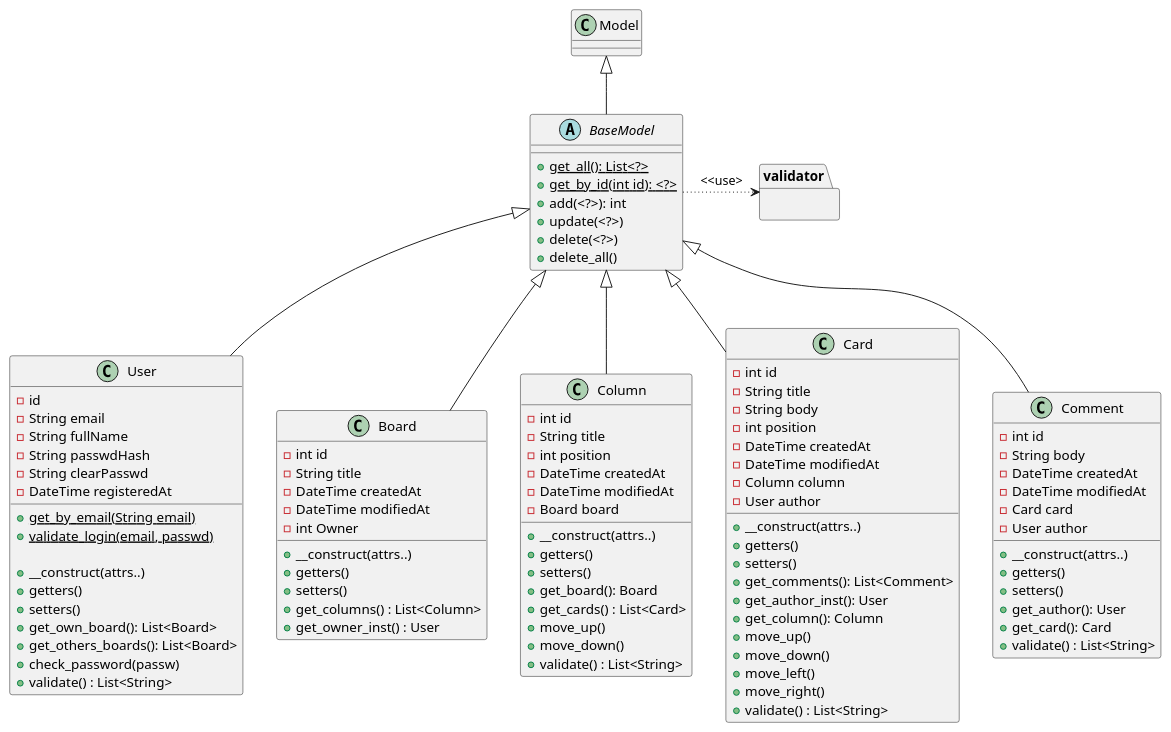
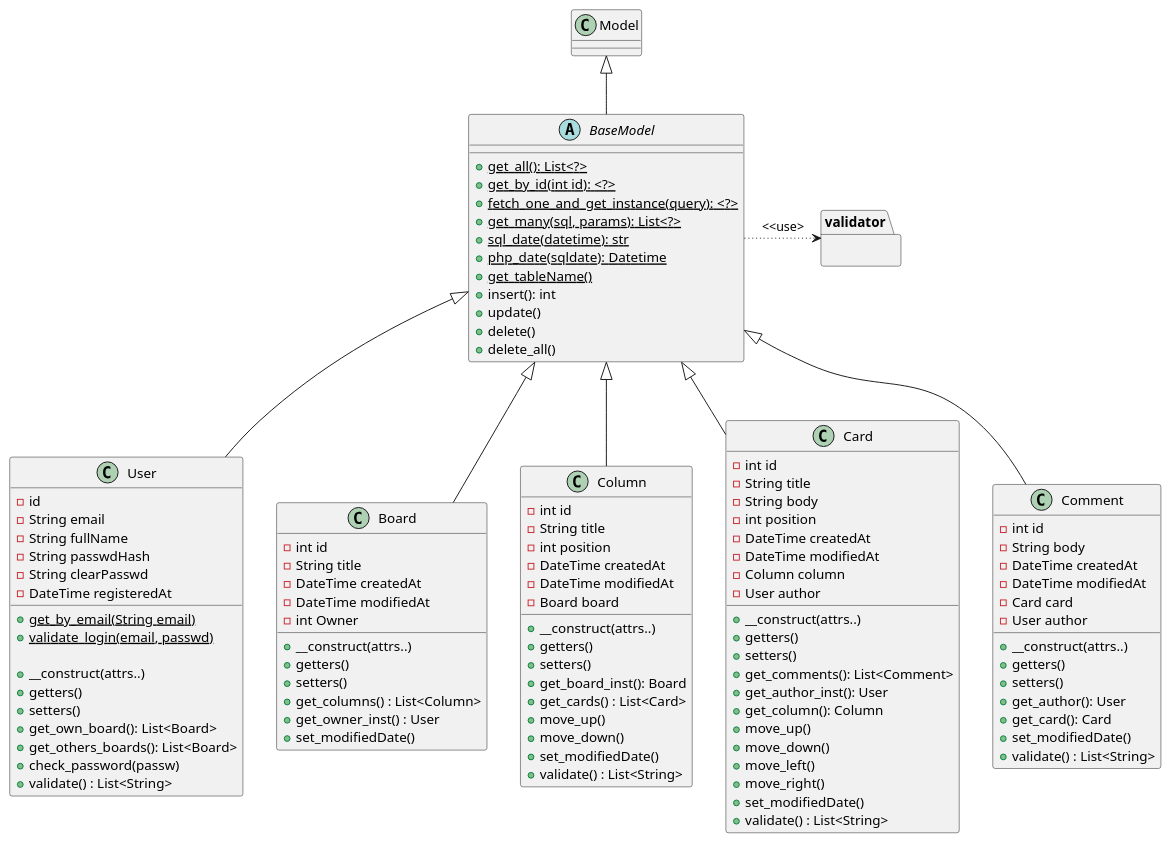
Before and after one commit to etic4/mini-trello-php: the first of 3 diagrams in analyse/Diagrammes-V1.md, drawn with PlantUML. The commit also changed 1 other file, not shown here.

Commit message:
rectifs analyse V1

```diff
--- a/analyse/Diagrammes-V1.md
+++ b/analyse/Diagrammes-V1.md
@@ -29,9 +29,14 @@
 abstract class BaseModel extends Model {
     + {static} get_all(): List<?>
     + {static} get_by_id(int id): <?>
-    + add(<?>): int
-    + update(<?>)
-    + delete(<?>)
+    + {static} fetch_one_and_get_instance(query): <?>
+    + {static} get_many(sql, params): List<?>
+    + {static} sql_date(datetime): str
+    + {static} php_date(sqldate): Datetime
+    + {static} get_tableName()
+    + insert(): int
+    + update()
+    + delete()
     + delete_all()
 }
 
@@ -42,7 +47,7 @@
     - String passwdHash
     - String clearPasswd
     - DateTime registeredAt
-
+    
     + {static} get_by_email(String email)
     + {static} validate_login(email, passwd)
     
@@ -67,6 +72,7 @@
     + setters()
     + get_columns() : List<Column>
     + get_owner_inst() : User
+    + set_modifiedDate()
 }
 
 class Column {
@@ -76,13 +82,15 @@
     - DateTime createdAt
     - DateTime modifiedAt
     - Board board
+
     + __construct(attrs..)
     + getters()
     + setters()
-    + get_board(): Board
+    + get_board_inst(): Board
     + get_cards() : List<Card>
     + move_up()
     + move_down()
+    + set_modifiedDate()
     + validate() : List<String>
 }
 
@@ -106,6 +114,7 @@
     + move_down()
     + move_left()
     + move_right()
+    + set_modifiedDate()
     + validate() : List<String>
 }
 
@@ -122,6 +131,7 @@
     + setters()
     + get_author(): User
     + get_card(): Card
+    + set_modifiedDate()
     + validate() : List<String>
 }
 
```
